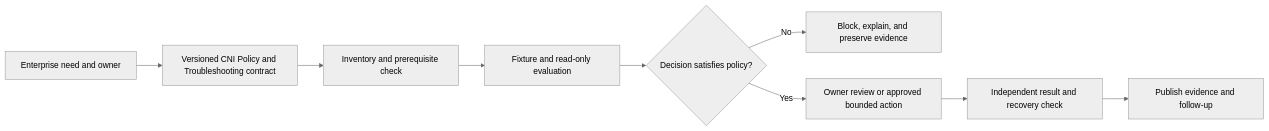
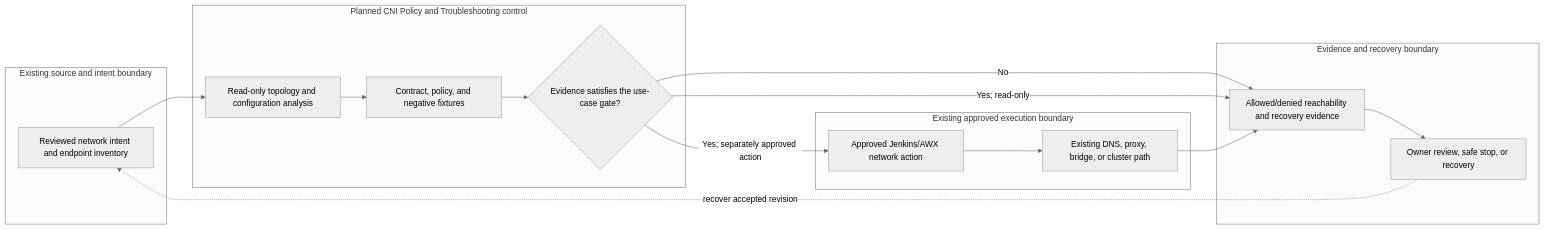
The diagram in docs/use-cases/network/UC-NET-019-cni-policy-and-troubleshooting.md (MIDHTECH/enterprise-architecture-docs), drawn with Mermaid (neutral theme) before and after one commit. The commit also changed other lines of this file and 227 other files, not shown here.

Commit message:
Deepen architecture for all use case designs

````diff
--- a/docs/use-cases/network/UC-NET-019-cni-policy-and-troubleshooting.md
+++ b/docs/use-cases/network/UC-NET-019-cni-policy-and-troubleshooting.md
@@ -136,11 +129,25 @@
 ```mermaid
 flowchart LR
-    Need["Enterprise need and owner"] --> Contract["Versioned CNI Policy and Troubleshooting contract"]
-    Contract --> Preflight["Inventory and prerequisite check"]
-    Preflight --> Evaluate["Fixture and read-only evaluation"]
-    Evaluate --> Decision{"Decision satisfies policy?"}
-    Decision -->|No| Stop["Block, explain, and preserve evidence"]
-    Decision -->|Yes| Review["Owner review or approved bounded action"]
-    Review --> Verify["Independent result and recovery check"]
-    Verify --> Publish["Publish evidence and follow-up"]
+    subgraph Source["Existing source and intent boundary"]
+        A["Reviewed network intent and endpoint inventory"]
+    end
+    subgraph Planned["Planned CNI Policy and Troubleshooting control"]
+        B["Read-only topology and configuration analysis"]
+        C["Contract, policy, and negative fixtures"]
+        D{"Evidence satisfies the use-case gate?"}
+    end
+    subgraph Runtime["Existing approved execution boundary"]
+        E["Approved Jenkins/AWX network action"]
+        F["Existing DNS, proxy, bridge, or cluster path"]
+    end
+    subgraph Assurance["Evidence and recovery boundary"]
+        G["Allowed/denied reachability and recovery evidence"]
+        H["Owner review, safe stop, or recovery"]
+    end
+
+    A --> B --> C --> D
+    D -->|No| G --> H
+    D -->|Yes; read-only| G
+    D -->|Yes; separately approved action| E --> F --> G
+    H -. recover accepted revision .-> A
 ```
````
